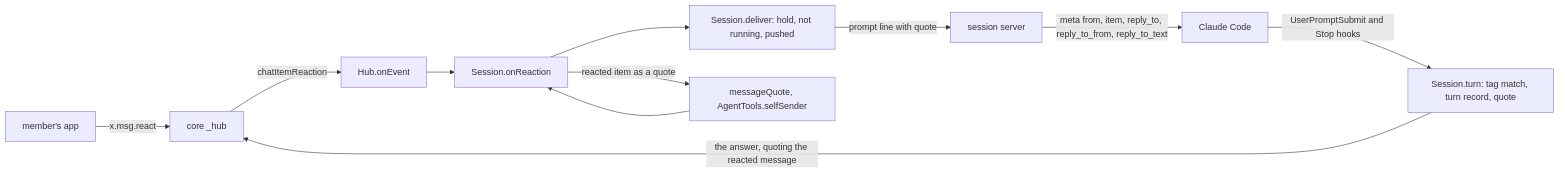
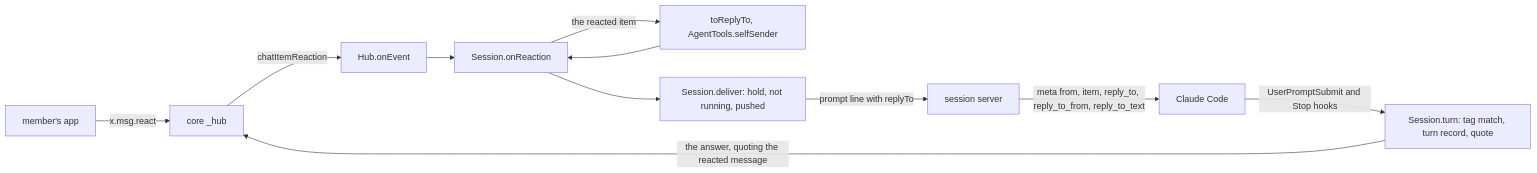
The fourth of 4 diagrams in plans/2026-11-12-mcp-reactions.md (simplex-chat/simplex-chat), drawn with Mermaid before and after one commit. The commit also changed other lines of this file, not shown here.

Commit message:
plan: mcp-reactions, ReplyTo names of mcp-replies

````diff
--- a/plans/2026-11-12-mcp-reactions.md
+++ b/plans/2026-11-12-mcp-reactions.md
@@ -270,13 +272,13 @@
 ```mermaid
 flowchart LR
   APP[member's app] -- x.msg.react --> CORE[core _hub]
   CORE -- chatItemReaction --> HUB[Hub.onEvent]
   HUB --> SES[Session.onReaction]
+  SES -- the reacted item --> RT[toReplyTo, AgentTools.selfSender]
+  RT --> SES
   SES --> DEL[Session.deliver: hold, not running, pushed]
-  SES -- reacted item as a quote --> MQ[messageQuote, AgentTools.selfSender]
-  MQ --> SES
-  DEL -- prompt line with quote --> SRV[session server]
+  DEL -- prompt line with replyTo --> SRV[session server]
   SRV -- meta from, item, reply_to, reply_to_from, reply_to_text --> CC[Claude Code]
   CC -- UserPromptSubmit and Stop hooks --> TURN[Session.turn: tag match, turn record, quote]
   TURN -- the answer, quoting the reacted message --> CORE
 ```
````
